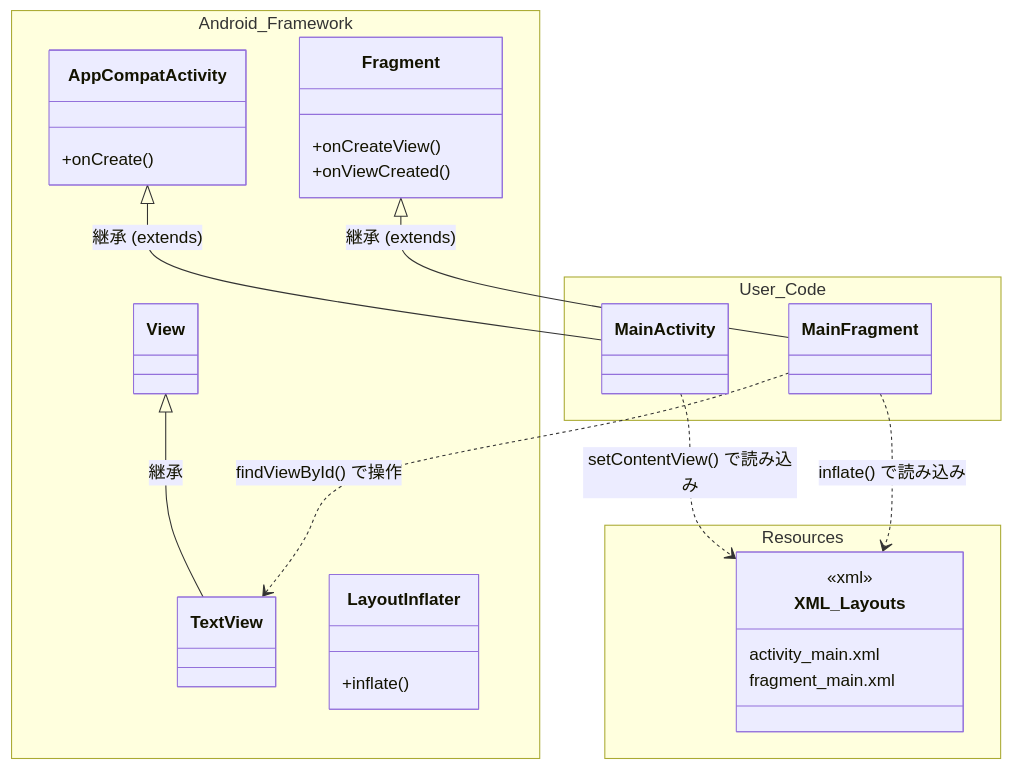
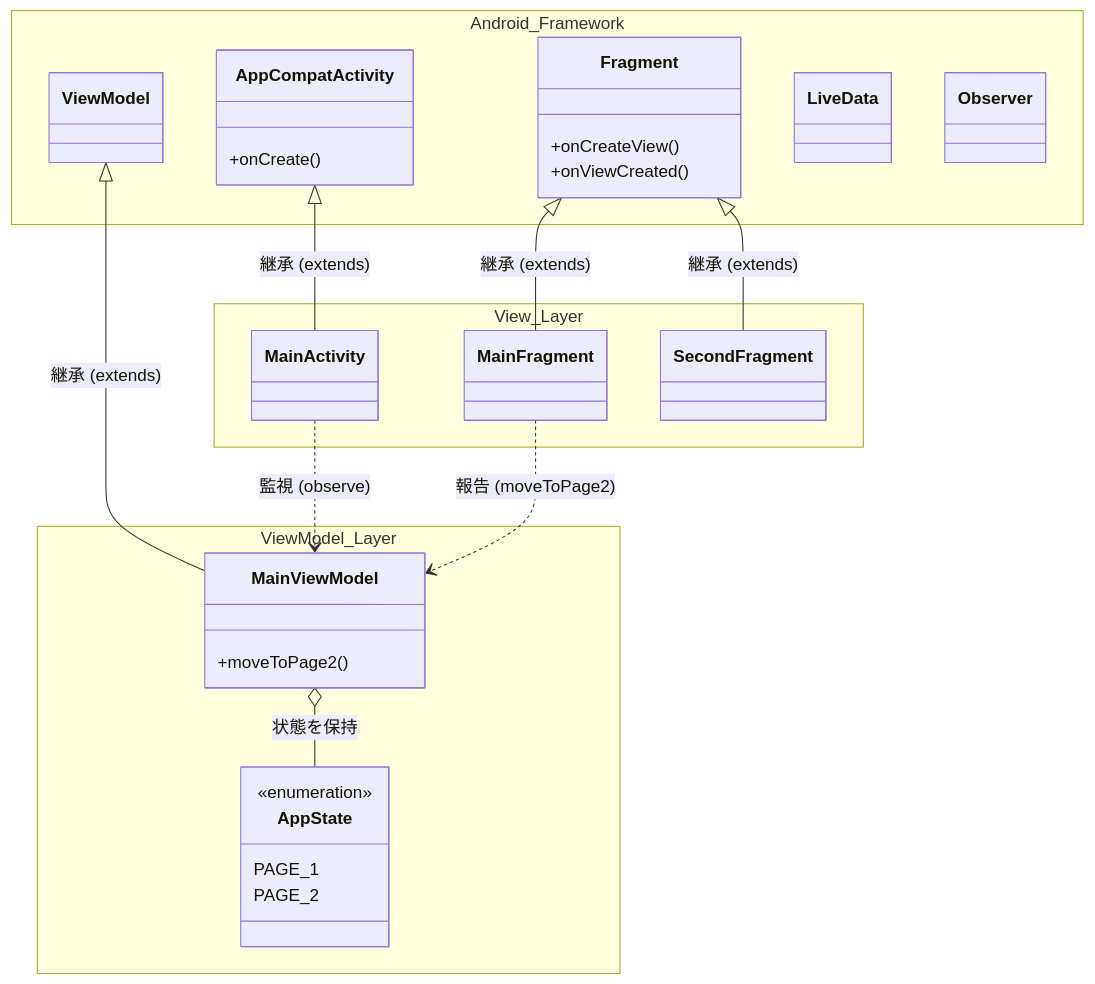
Before and after one commit to rotani/android-study: the first of 2 diagrams in README.md, drawn with Mermaid. The commit also changed other lines of this file and 5 other files, not shown here.

````diff
--- a/README.md
+++ b/README.md
@@ -8,38 +7,41 @@
 ```mermaid
 classDiagram
     namespace Android_Framework {
         class AppCompatActivity {
             +onCreate()
         }
         class Fragment {
             +onCreateView()
             +onViewCreated()
         }
-        class View
-        class TextView
-        class LayoutInflater {
-            +inflate()
+        class ViewModel
+        class LiveData
+        class Observer
+    }
+
+    namespace View_Layer {
+        class MainActivity
+        class MainFragment
+        class SecondFragment
+    }
+    
+    namespace ViewModel_Layer {
+        class MainViewModel {
+            +moveToPage2()
+        }
+        class AppState {
+            <<enumeration>>
+            PAGE_1
+            PAGE_2
         }
     }
-
-    namespace User_Code {
-        class MainActivity
-        class MainFragment
-    }
     
-    namespace Resources {
-        class XML_Layouts {
-            <<xml>>
-            activity_main.xml
-            fragment_main.xml
-        }
-    }
-
     AppCompatActivity <|-- MainActivity : 継承 (extends)
     Fragment <|-- MainFragment : 継承 (extends)
-    View <|-- TextView : 継承
-
-    MainActivity ..> XML_Layouts : setContentView() で読み込み
-    MainFragment ..> XML_Layouts : inflate() で読み込み
-    MainFragment ..> TextView : findViewById() で操作
+    Fragment <|-- SecondFragment : 継承 (extends)
+    ViewModel <|-- MainViewModel : 継承 (extends)
+    
+    MainActivity ..> MainViewModel : 監視 (observe)
+    MainFragment ..> MainViewModel : 報告 (moveToPage2)
+    MainViewModel o-- AppState : 状態を保持
 ```
````
